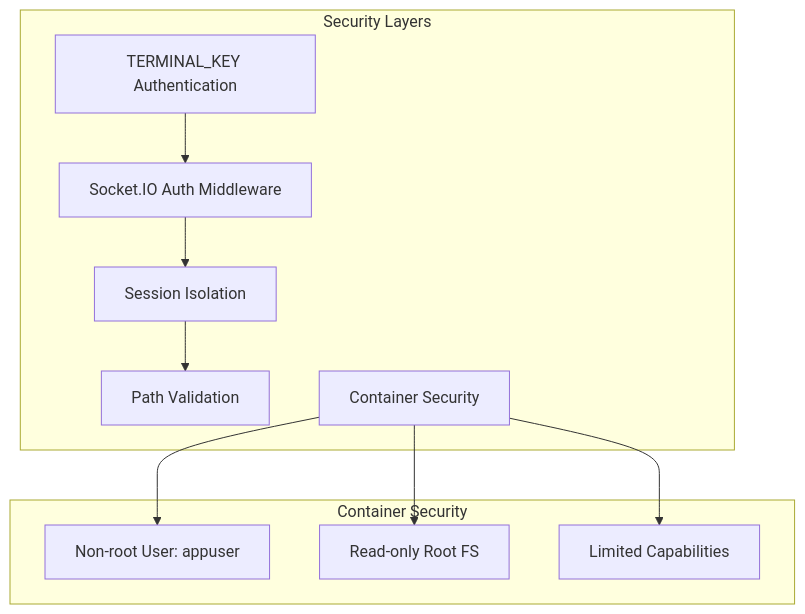
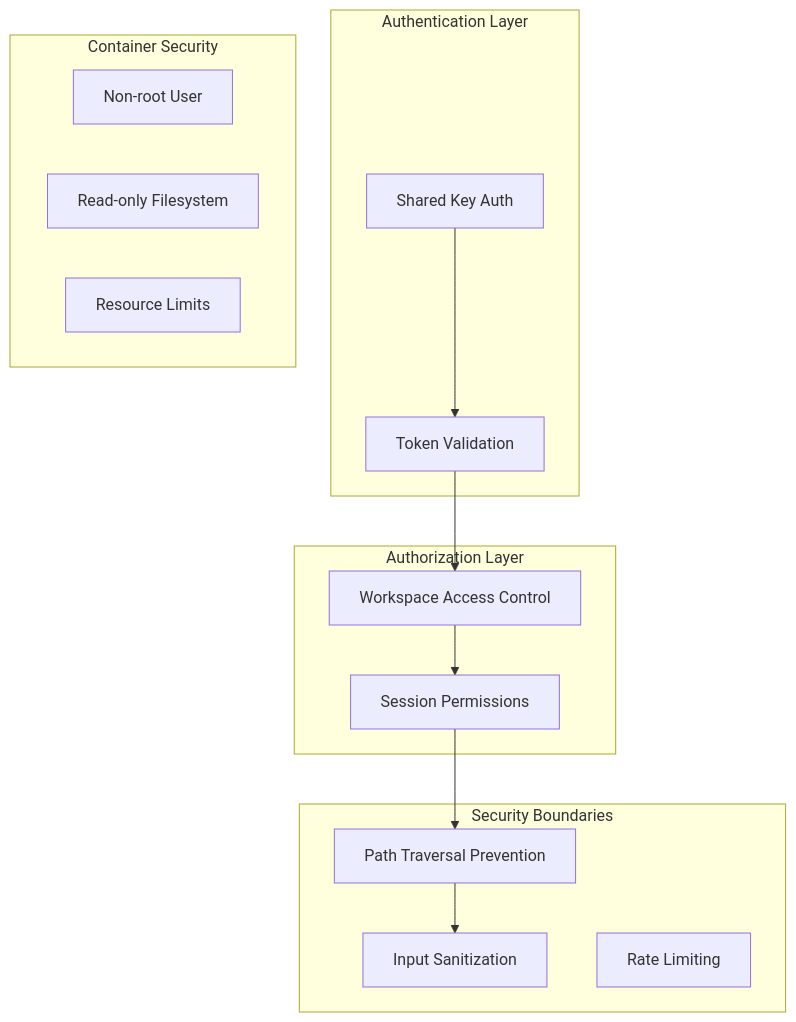
Before and after one commit to fwdslsh/dispatch: the tenth of 13 diagrams in docs/ARCHITECTURE.md, drawn with Mermaid. The commit also changed other lines of this file and 39 other files, not shown here.

First line of the commit message:
Add unit and integration tests for Socket.IO session status and command refresh handlers

````diff
--- a/docs/ARCHITECTURE.md
+++ b/docs/ARCHITECTURE.md
@@ -243,24 +714,30 @@
 ```mermaid
-graph TD
-    subgraph "Security Layers"
-        AUTH[TERMINAL_KEY Authentication]
-        SOCKET_AUTH[Socket.IO Auth Middleware]
-        SESSION_ISO[Session Isolation]
-        PATH_VAL[Path Validation]
-        CONTAINER[Container Security]
+graph TB
+    subgraph "Authentication Layer"
+        SharedKey[Shared Key Auth]
+        TokenValidation[Token Validation]
     end
-
+    
+    subgraph "Authorization Layer"
+        WorkspaceAccess[Workspace Access Control]
+        SessionPermissions[Session Permissions]
+    end
+    
+    subgraph "Security Boundaries"
+        PathValidation[Path Traversal Prevention]
+        InputSanitization[Input Sanitization]
+        RateLimiting[Rate Limiting]
+    end
+    
     subgraph "Container Security"
-        NONROOT[Non-root User: appuser]
-        READONLY[Read-only Root FS]
-        LIMITED[Limited Capabilities]
+        NonRoot[Non-root User]
+        ReadOnlyFS[Read-only Filesystem]
+        ResourceLimits[Resource Limits]
     end
-
-    AUTH --> SOCKET_AUTH
-    SOCKET_AUTH --> SESSION_ISO
-    SESSION_ISO --> PATH_VAL
-
-    CONTAINER --> NONROOT
-    CONTAINER --> READONLY
-    CONTAINER --> LIMITED
+    
+    SharedKey --> TokenValidation
+    TokenValidation --> WorkspaceAccess
+    WorkspaceAccess --> SessionPermissions
+    SessionPermissions --> PathValidation
+    PathValidation --> InputSanitization
 ```
````
